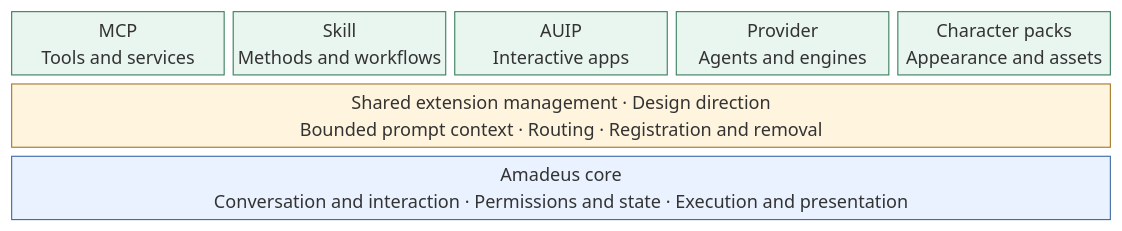
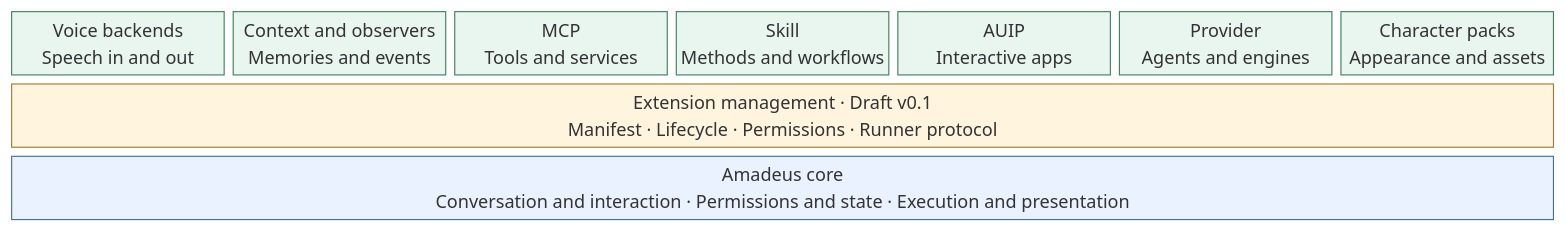
The diagram in README.md (Code-Amadeus/Amadeus-Extensions), drawn with Mermaid before and after one commit. The commit also changed other lines of this file and 15 other files, not shown here.

Commit message:
Draft extension protocol v0.1 with experimental Host profile

````diff
--- a/README.md
+++ b/README.md
@@ -65,14 +105,14 @@
 ```mermaid
 block-beta
-    columns 5
-    MCP["MCP<br/>Tools and services"] SKILL["Skill<br/>Methods and workflows"] AUIP["AUIP<br/>Interactive apps"] PROVIDER["Provider<br/>Agents and engines"] ASSETS["Character packs<br/>Appearance and assets"]
-    SHARED["Shared extension management · Design direction<br/>Bounded prompt context · Routing · Registration and removal"]:5
-    CORE["Amadeus core<br/>Conversation and interaction · Permissions and state · Execution and presentation"]:5
+    columns 7
+    VOICE["Voice backends<br/>Speech in and out"] CONTEXT["Context and observers<br/>Memories and events"] MCP["MCP<br/>Tools and services"] SKILL["Skill<br/>Methods and workflows"] AUIP["AUIP<br/>Interactive apps"] PROVIDER["Provider<br/>Agents and engines"] ASSETS["Character packs<br/>Appearance and assets"]
+    SHARED["Extension management · Draft v0.1<br/>Manifest · Lifecycle · Permissions · Runner protocol"]:7
+    CORE["Amadeus core<br/>Conversation and interaction · Permissions and state · Execution and presentation"]:7
 
     classDef integration fill:#e9f5ef,stroke:#3d8060,color:#193c2a
     classDef direction fill:#fff5df,stroke:#a47a29,color:#4b3510
     classDef core fill:#eaf2ff,stroke:#416da6,color:#192d49
-    class MCP,SKILL,AUIP,PROVIDER,ASSETS integration
+    class VOICE,CONTEXT,MCP,SKILL,AUIP,PROVIDER,ASSETS integration
     class SHARED direction
     class CORE core
 ```
````
